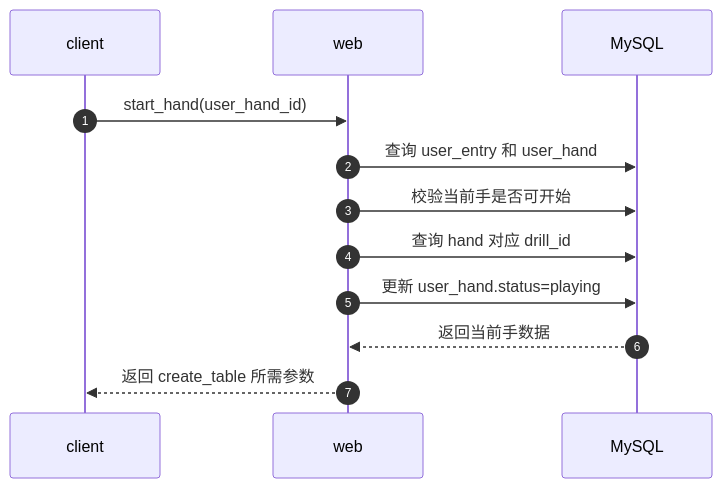
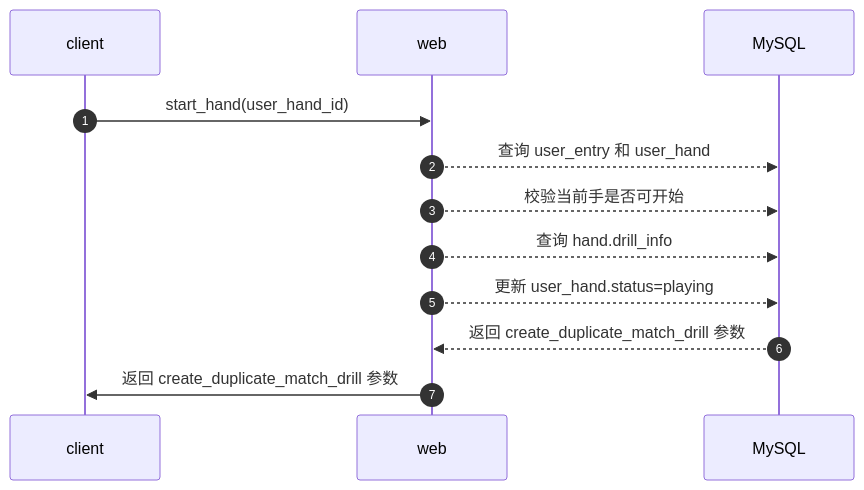
One commit to zdl20251023-pixel/agent-frame changed the sixth of 23 diagrams in docs/复述扑克/评审02/02-设计文档.md. Above: the diagram before and after it, drawn with Mermaid. The commit also changed other lines of this file and 1 other file, not shown here.

````diff
--- a/docs/复述扑克/评审02/02-设计文档.md
+++ b/docs/复述扑克/评审02/02-设计文档.md
@@ -306,15 +329,15 @@
 ```mermaid
 sequenceDiagram
     autonumber
     participant client
     participant web
     participant MySQL
 
     client->>web: start_hand(user_hand_id)
-    web->>MySQL: 查询 user_entry 和 user_hand
-    web->>MySQL: 校验当前手是否可开始
-    web->>MySQL: 查询 hand 对应 drill_id
-    web->>MySQL: 更新 user_hand.status=playing
-    MySQL-->>web: 返回当前手数据
-    web-->>client: 返回 create_table 所需参数
+    web-->>MySQL: 查询 user_entry 和 user_hand
+    web-->>MySQL: 校验当前手是否可开始
+    web-->>MySQL: 查询 hand.drill_info
+    web-->>MySQL: 更新 user_hand.status=playing
+    MySQL-->>web: 返回 create_duplicate_match_drill 参数
+    web->>client: 返回 create_duplicate_match_drill 参数
 ```
````
